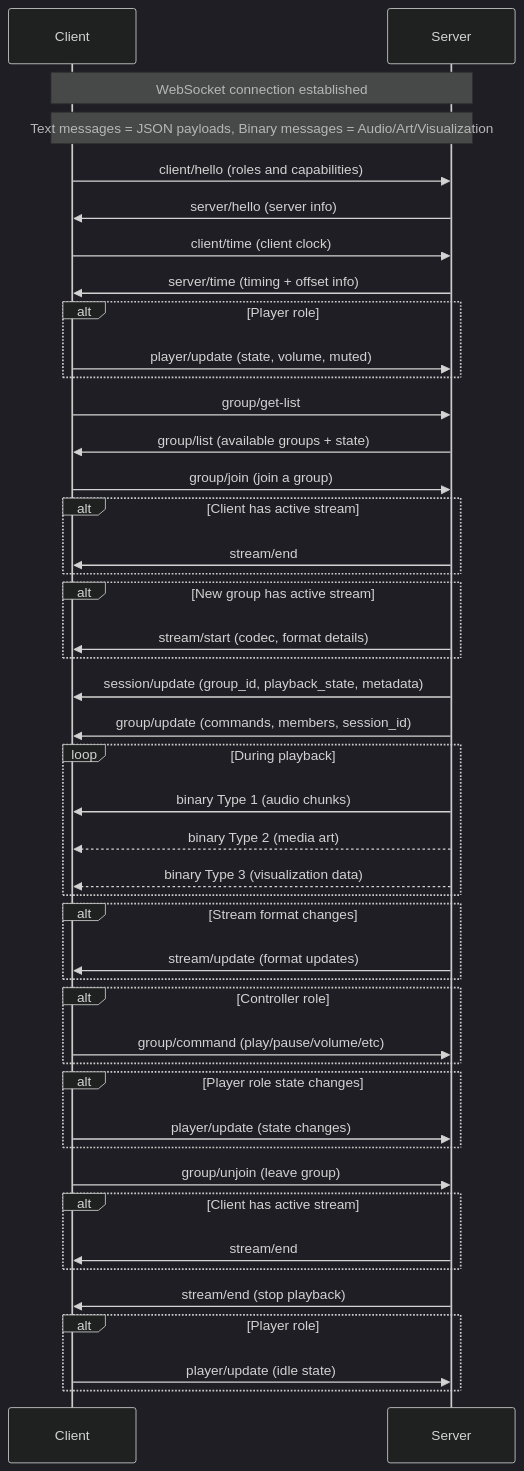
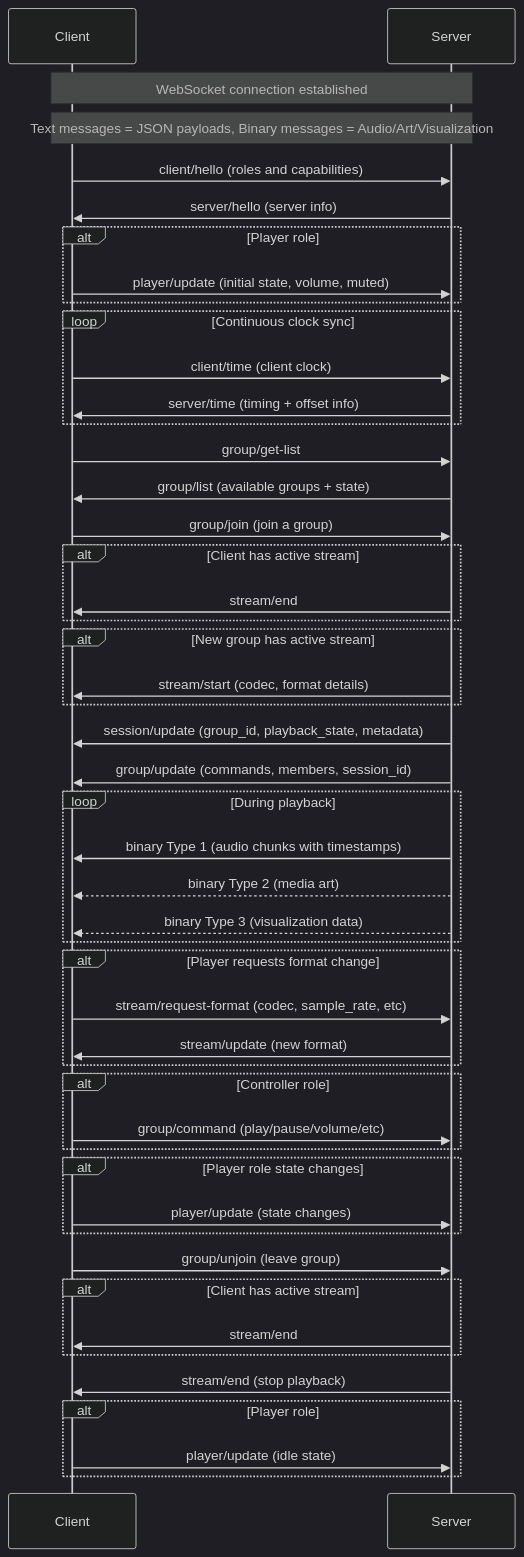
One commit to Resonate-Protocol/spec changed the diagram in README.md. Above: the diagram before and after it, drawn with Mermaid (dark theme).

Commit message:
update mermaid diagram

````diff
--- a/README.md
+++ b/README.md
@@ -60,61 +60,64 @@
 ```mermaid
 sequenceDiagram
     participant Client
     participant Server
 
     Note over Client,Server: WebSocket connection established
 
     Note over Client,Server: Text messages = JSON payloads, Binary messages = Audio/Art/Visualization
 
     Client->>Server: client/hello (roles and capabilities)
     Server->>Client: server/hello (server info)
 
-    Client->>Server: client/time (client clock)
-    Server->>Client: server/time (timing + offset info)
+    alt Player role
+        Client->>Server: player/update (initial state, volume, muted)
+    end
 
-    alt Player role
-        Client->>Server: player/update (state, volume, muted)
+    loop Continuous clock sync
+        Client->>Server: client/time (client clock)
+        Server->>Client: server/time (timing + offset info)
     end
 
     Client->>Server: group/get-list
     Server->>Client: group/list (available groups + state)
 
     Client->>Server: group/join (join a group)
     alt Client has active stream
         Server->>Client: stream/end
     end
     alt New group has active stream
         Server->>Client: stream/start (codec, format details)
     end
 
     Server->>Client: session/update (group_id, playback_state, metadata)
     Server->>Client: group/update (commands, members, session_id)
 
     loop During playback
-        Server->>Client: binary Type 1 (audio chunks)
+        Server->>Client: binary Type 1 (audio chunks with timestamps)
         Server-->>Client: binary Type 2 (media art)
         Server-->>Client: binary Type 3 (visualization data)
     end
 
-    alt Stream format changes
-        Server->>Client: stream/update (format updates)
+    alt Player requests format change
+        Client->>Server: stream/request-format (codec, sample_rate, etc)
+        Server->>Client: stream/update (new format)
     end
 
     alt Controller role
         Client->>Server: group/command (play/pause/volume/etc)
     end
 
     alt Player role state changes
         Client->>Server: player/update (state changes)
     end
 
     Client->>Server: group/unjoin (leave group)
     alt Client has active stream
         Server->>Client: stream/end
     end
 
     Server->>Client: stream/end (stop playback)
     alt Player role
         Client->>Server: player/update (idle state)
     end
 ```
````
